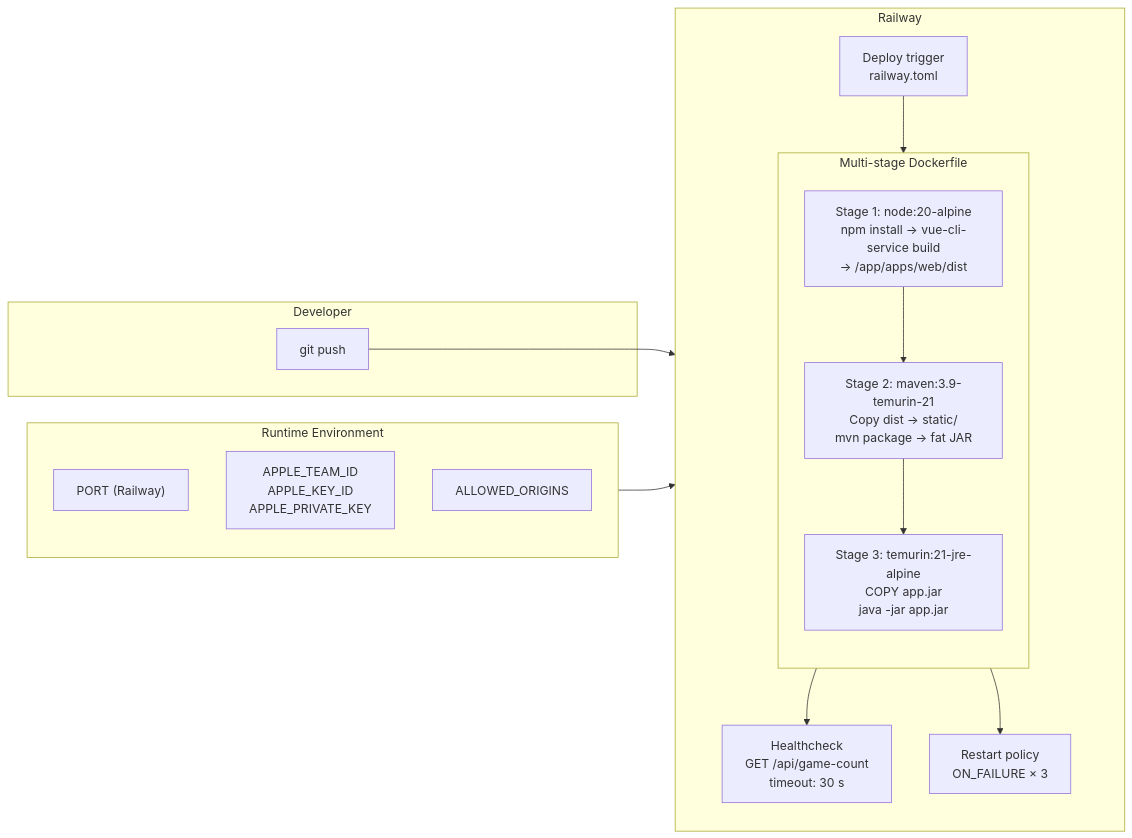
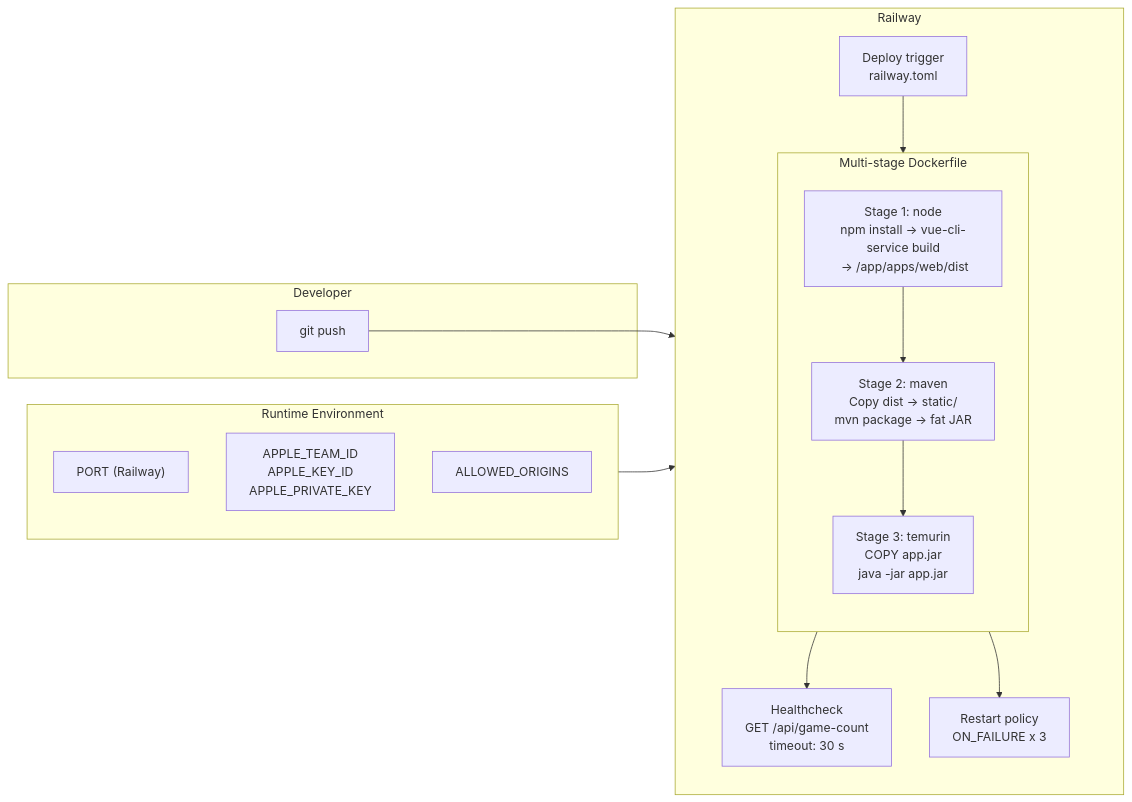
The third of 3 diagrams in README.md (aarongsellin/hit-trivia), drawn with Mermaid before and after one commit. The commit also changed other lines of this file, not shown here.

Commit message:
nicer arrows

````diff
--- a/README.md
+++ b/README.md
@@ -128,32 +130,32 @@
 ```mermaid
 flowchart LR
     subgraph Dev ["Developer"]
         Push[git push]
     end
 
     subgraph Railway ["Railway"]
         direction TB
         Trigger[Deploy trigger<br>railway.toml]
         subgraph Docker ["Multi-stage Dockerfile"]
             direction TB
-            S1["Stage 1: node:20-alpine<br>npm install → vue-cli-service build<br>→ /app/apps/web/dist"]
-            S2["Stage 2: maven:3.9-temurin-21<br>Copy dist → static/<br>mvn package → fat JAR"]
-            S3["Stage 3: temurin:21-jre-alpine<br>COPY app.jar<br>java -jar app.jar"]
+            S1["Stage 1: node<br>npm install -> vue-cli-service build<br> -> /app/apps/web/dist"]
+            S2["Stage 2: maven<br>Copy dist -> static/<br>mvn package -> fat JAR"]
+            S3["Stage 3: temurin<br>COPY app.jar<br>java -jar app.jar"]
             S1 --> S2 --> S3
         end
         Health["Healthcheck<br>GET /api/game-count<br>timeout: 30 s"]
-        Restart["Restart policy<br>ON_FAILURE × 3"]
+        Restart["Restart policy<br>ON_FAILURE x 3"]
     end
 
     subgraph Env ["Runtime Environment"]
         PORT["PORT (Railway)"]
         APPLE["APPLE_TEAM_ID<br>APPLE_KEY_ID<br>APPLE_PRIVATE_KEY"]
         ORIGINS["ALLOWED_ORIGINS"]
     end
 
     Push --> Trigger
     Trigger --> Docker
     S3 --> Health
     S3 --> Restart
     Env --> S3
 ```
````
